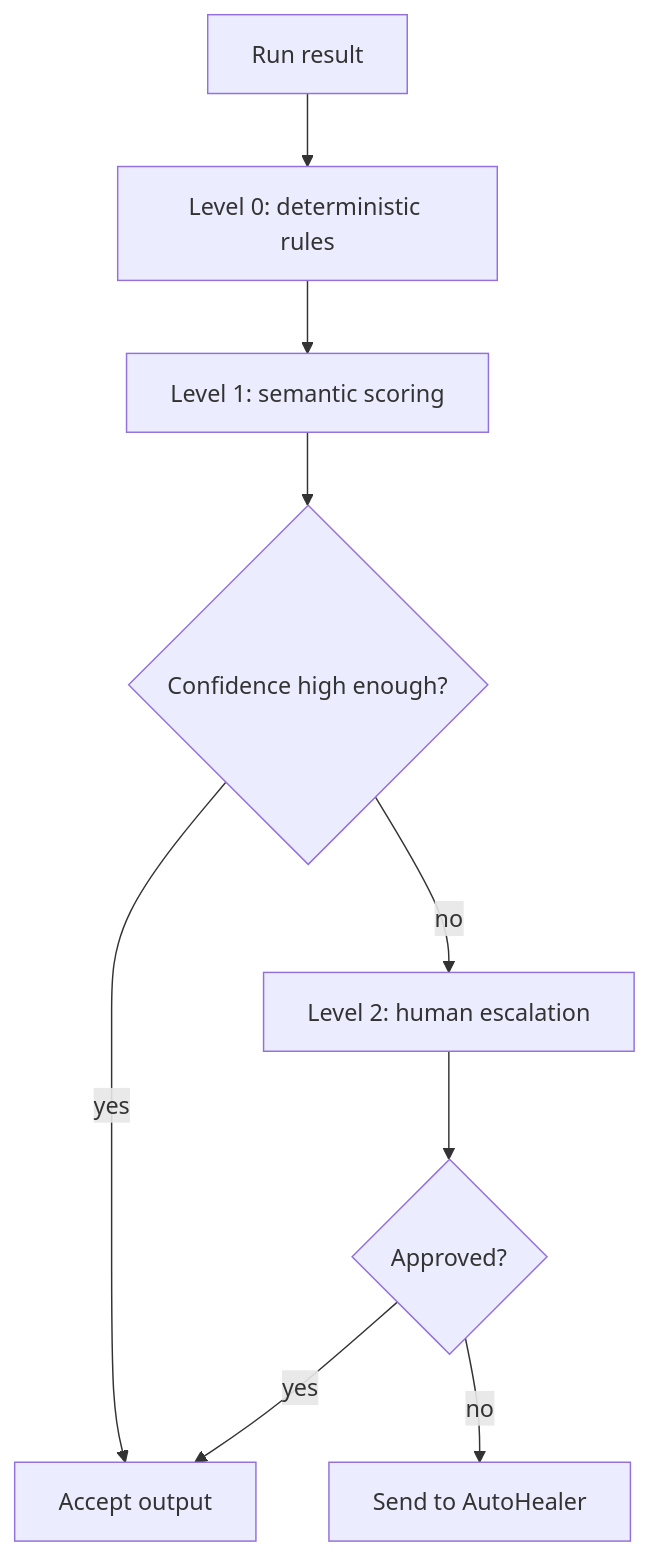
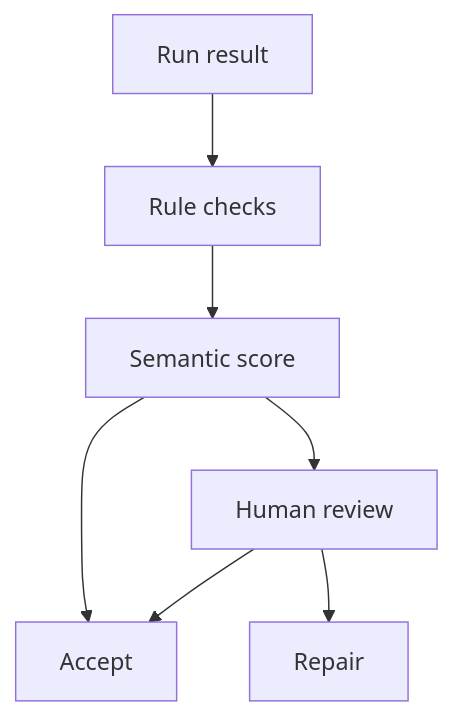
Before and after one commit to Strategic-Automation/arachne: the fifth of 9 diagrams in docs/explanation/architecture.md, drawn with Mermaid. The commit also changed other lines of this file and 2 other files, not shown here.

Commit message:
docs: simplify Mermaid diagrams for GitHub rendering

````diff
--- a/docs/explanation/architecture.md
+++ b/docs/explanation/architecture.md
@@ -172,11 +128,15 @@
 ```mermaid
-flowchart TD
-    Result[Run result] --> Rules[Level 0: deterministic rules]
-    Rules --> Semantic[Level 1: semantic scoring]
-    Semantic --> Confidence{Confidence high enough?}
-    Confidence -->|yes| Pass[Accept output]
-    Confidence -->|no| Human[Level 2: human escalation]
-    Human --> Decision{Approved?}
-    Decision -->|yes| Pass
-    Decision -->|no| Repair[Send to AutoHealer]
+graph TD
+    A[Run result]
+    B[Rule checks]
+    C[Semantic score]
+    D[Human review]
+    E[Accept]
+    F[Repair]
+    A --> B
+    B --> C
+    C --> E
+    C --> D
+    D --> E
+    D --> F
 ```
````
